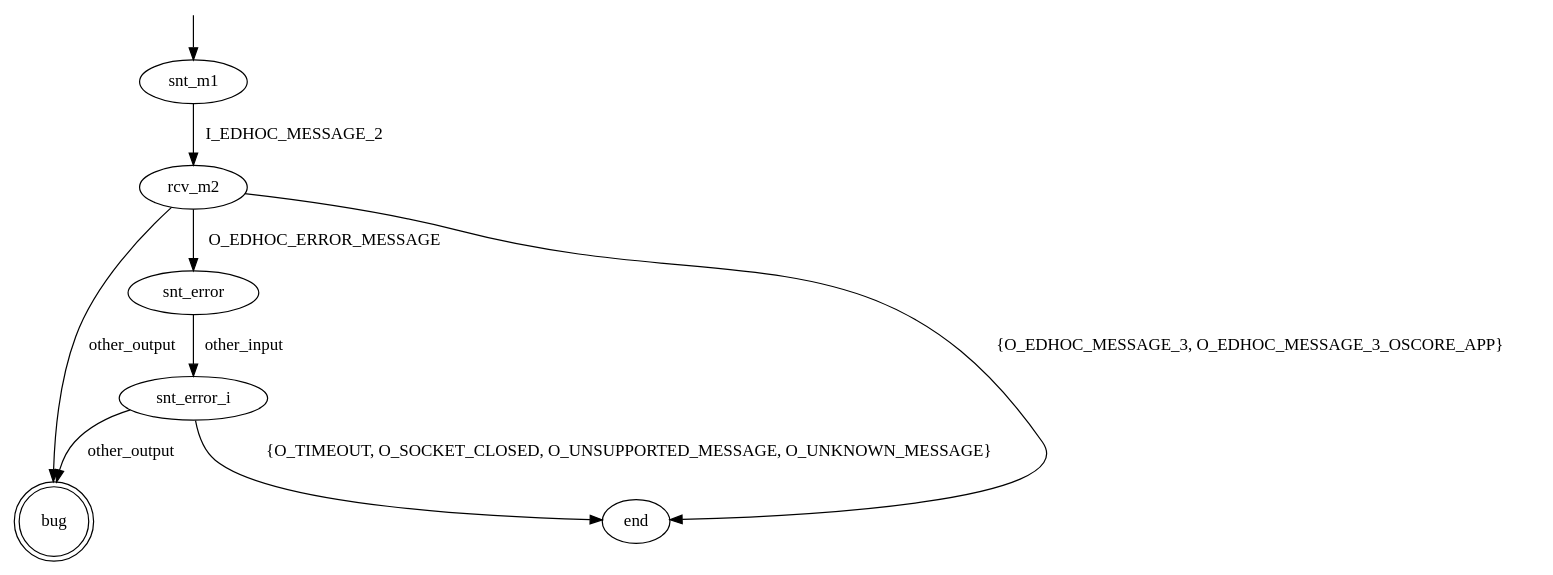
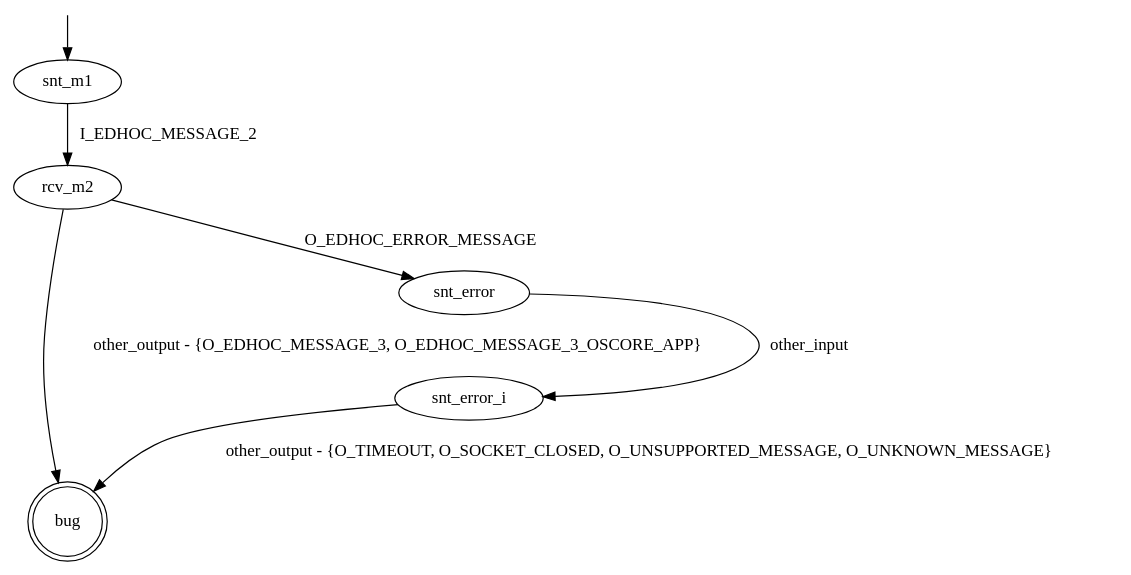
One commit to assist-project/state-machine-bug-finder changed the diagram in src/main/resources/patterns/edhoc/client/gen_I_m3_or_m3_oapp.dot. Above: the diagram before and after it, drawn with Graphviz. The commit also changed 3 other files, not shown here.

```diff
--- a/src/main/resources/patterns/edhoc/client/gen_I_m3_or_m3_oapp.dot
+++ b/src/main/resources/patterns/edhoc/client/gen_I_m3_or_m3_oapp.dot
@@ -1,16 +1,14 @@
 digraph G {
 bug [shape="doublecircle"]
 
 snt_m1 -> rcv_m2 [label="I_EDHOC_MESSAGE_2"]
 
-rcv_m2 -> end [label="{O_EDHOC_MESSAGE_3, O_EDHOC_MESSAGE_3_OSCORE_APP}"]
 rcv_m2 -> snt_error [label="O_EDHOC_ERROR_MESSAGE"]
-rcv_m2 -> bug [label="other_output"]
+rcv_m2 -> bug [label="other_output - {O_EDHOC_MESSAGE_3, O_EDHOC_MESSAGE_3_OSCORE_APP}"]
 
 snt_error -> snt_error_i [label="other_input"]
-snt_error_i -> end [label="{O_TIMEOUT, O_SOCKET_CLOSED, O_UNSUPPORTED_MESSAGE, O_UNKNOWN_MESSAGE}"]
-snt_error_i -> bug [label="other_output"]
+snt_error_i -> bug [label="other_output - {O_TIMEOUT, O_SOCKET_CLOSED, O_UNSUPPORTED_MESSAGE, O_UNKNOWN_MESSAGE}"]
 
 __start0 [label="" shape="none" width="0" height="0"];
 __start0 -> snt_m1;
 }
```
